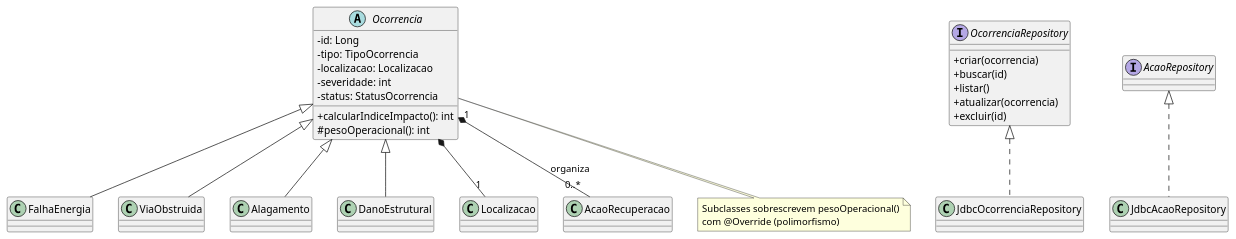
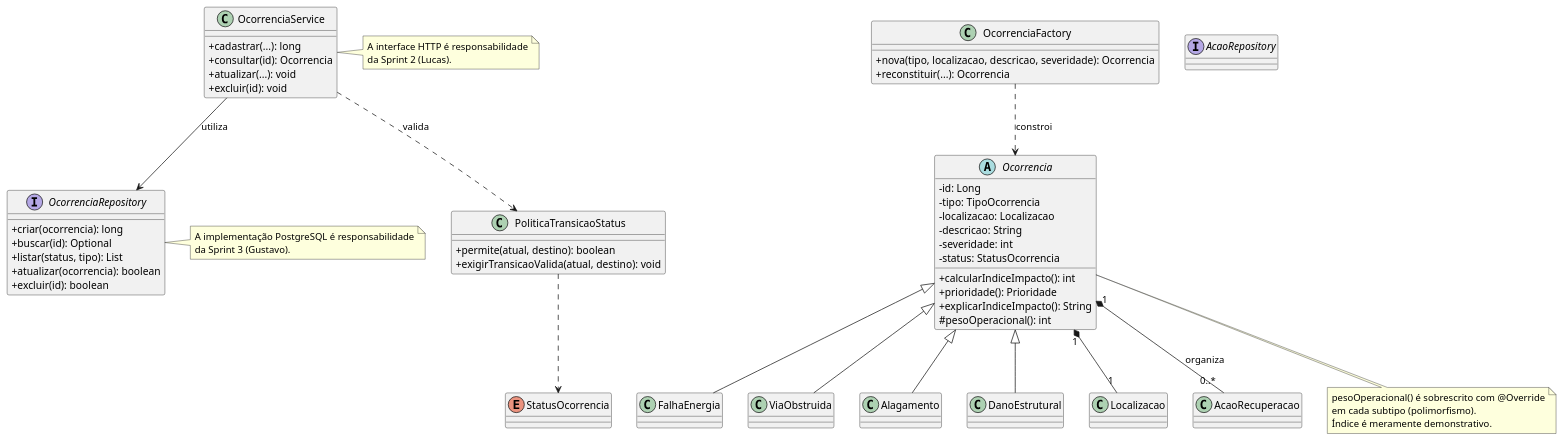
Before and after one commit to pitado/planoB: the diagram in docs/diagrams/classes.puml, drawn with PlantUML. The commit also changed 3 other files, not shown here.

Commit message:
docs(domain): explica prioridade e atualiza UML e decisoes

```diff
--- a/docs/diagrams/classes.puml
+++ b/docs/diagrams/classes.puml
@@ -1,40 +1,72 @@
 @startuml
 skinparam classAttributeIconSize 0
+
 abstract class Ocorrencia {
   - id: Long
   - tipo: TipoOcorrencia
   - localizacao: Localizacao
+  - descricao: String
   - severidade: int
   - status: StatusOcorrencia
   + calcularIndiceImpacto(): int
+  + prioridade(): Prioridade
+  + explicarIndiceImpacto(): String
   # pesoOperacional(): int
 }
 class FalhaEnergia
 class ViaObstruida
 class Alagamento
 class DanoEstrutural
 class Localizacao
+enum StatusOcorrencia
+class PoliticaTransicaoStatus {
+  + permite(atual, destino): boolean
+  + exigirTransicaoValida(atual, destino): void
+}
+class OcorrenciaFactory {
+  + nova(tipo, localizacao, descricao, severidade): Ocorrencia
+  + reconstituir(...): Ocorrencia
+}
+class OcorrenciaService {
+  + cadastrar(...): long
+  + consultar(id): Ocorrencia
+  + atualizar(...): void
+  + excluir(id): void
+}
 interface OcorrenciaRepository {
-  + criar(ocorrencia)
-  + buscar(id)
-  + listar()
-  + atualizar(ocorrencia)
-  + excluir(id)
+  + criar(ocorrencia): long
+  + buscar(id): Optional
+  + listar(status, tipo): List
+  + atualizar(ocorrencia): boolean
+  + excluir(id): boolean
 }
-class JdbcOcorrenciaRepository
+interface AcaoRepository
 class AcaoRecuperacao
-interface AcaoRepository
-class JdbcAcaoRepository
+
 Ocorrencia <|-- FalhaEnergia
 Ocorrencia <|-- ViaObstruida
 Ocorrencia <|-- Alagamento
 Ocorrencia <|-- DanoEstrutural
-Ocorrencia *-- "1" Localizacao
+Ocorrencia "1" *-- "1" Localizacao
 Ocorrencia "1" *-- "0..*" AcaoRecuperacao : organiza
-OcorrenciaRepository <|.. JdbcOcorrenciaRepository
-AcaoRepository <|.. JdbcAcaoRepository
+OcorrenciaService --> OcorrenciaRepository : utiliza
+OcorrenciaService ..> PoliticaTransicaoStatus : valida
+OcorrenciaFactory ..> Ocorrencia : constroi
+PoliticaTransicaoStatus ..> StatusOcorrencia
+
 note bottom of Ocorrencia
-Subclasses sobrescrevem pesoOperacional()
-com @Override (polimorfismo)
+pesoOperacional() é sobrescrito com @Override
+em cada subtipo (polimorfismo).
+Índice é meramente demonstrativo.
+end note
+
+note right of OcorrenciaRepository
+A implementação PostgreSQL é responsabilidade
+da Sprint 3 (Gustavo).
+end note
+
+note right of OcorrenciaService
+A interface HTTP é responsabilidade
+da Sprint 2 (Lucas).
 end note
 @enduml
```
